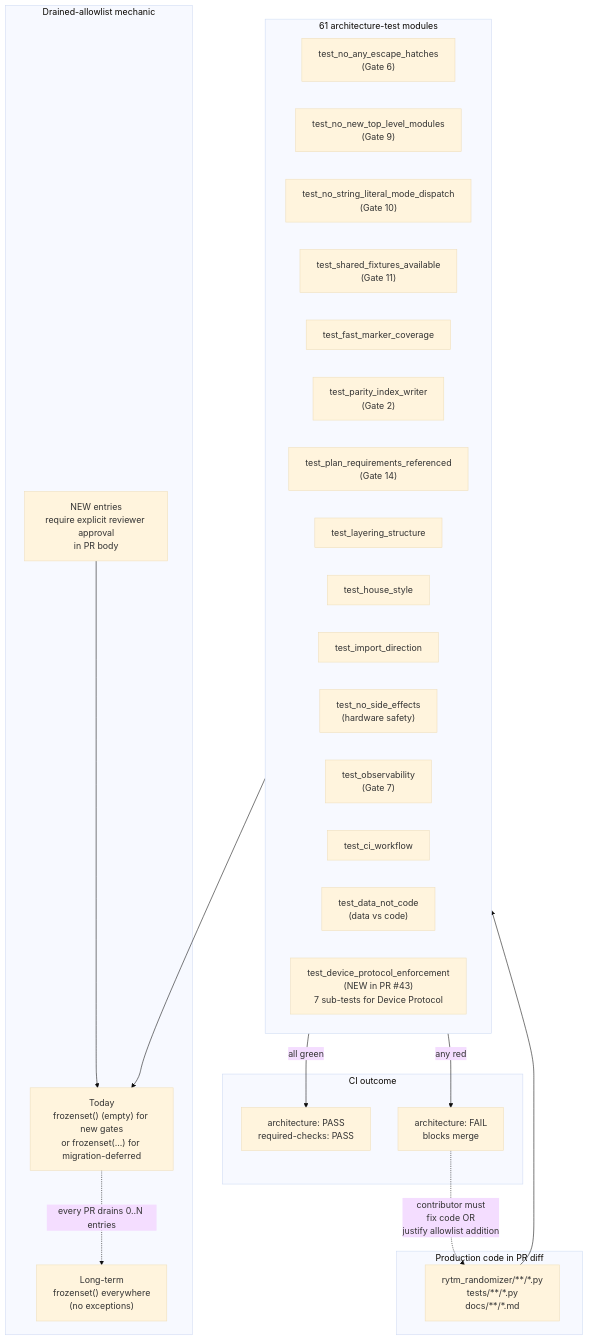
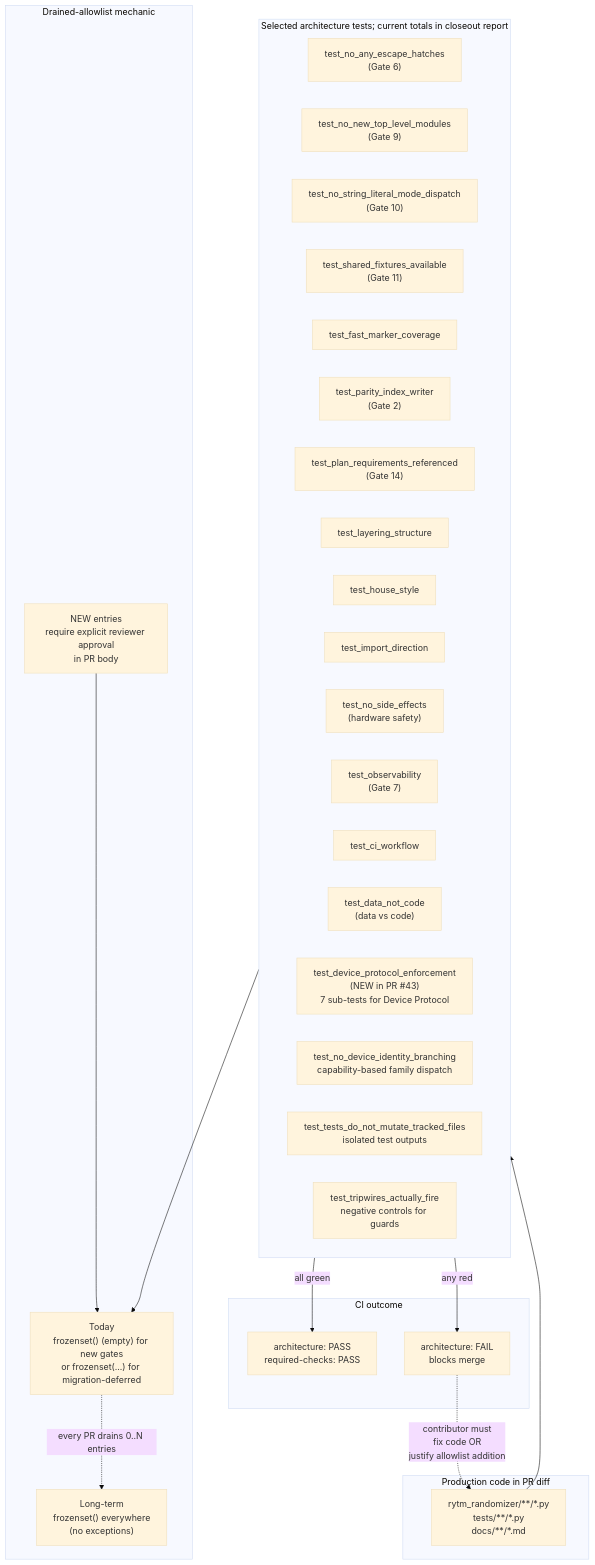
The tenth of 35 diagrams in docs/ARCHITECTURE_DIAGRAMS.md (buzzijose-hub/RytmRandomizer), drawn with Mermaid (base theme) before and after one commit. The commit also changed other lines of this file and 16 other files, not shown here.

````diff
--- a/docs/ARCHITECTURE_DIAGRAMS.md
+++ b/docs/ARCHITECTURE_DIAGRAMS.md
@@ -893,44 +898,47 @@
 ```mermaid
 flowchart TB
     subgraph Production["Production code in PR diff"]
         SourceFiles["rytm_randomizer/**/*.py<br/>tests/**/*.py<br/>docs/**/*.md"]
     end
 
-    subgraph Gates["61 architecture-test modules"]
+    subgraph Gates["Selected architecture tests; current totals in closeout report"]
         Gate1["test_no_any_escape_hatches<br/>(Gate 6)"]
         Gate2["test_no_new_top_level_modules<br/>(Gate 9)"]
         Gate3["test_no_string_literal_mode_dispatch<br/>(Gate 10)"]
         Gate4["test_shared_fixtures_available<br/>(Gate 11)"]
         Gate5["test_fast_marker_coverage"]
         Gate6["test_parity_index_writer<br/>(Gate 2)"]
         Gate7["test_plan_requirements_referenced<br/>(Gate 14)"]
         Gate8["test_layering_structure"]
         Gate9["test_house_style"]
         Gate10["test_import_direction"]
         Gate11["test_no_side_effects<br/>(hardware safety)"]
         Gate12["test_observability<br/>(Gate 7)"]
         Gate13["test_ci_workflow"]
         Gate14["test_data_not_code<br/>(data vs code)"]
         Gate15["test_device_protocol_enforcement<br/>(NEW in PR #43)<br/>7 sub-tests for Device Protocol"]
+        Gate16["test_no_device_identity_branching<br/>capability-based family dispatch"]
+        Gate17["test_tests_do_not_mutate_tracked_files<br/>isolated test outputs"]
+        Gate18["test_tripwires_actually_fire<br/>negative controls for guards"]
     end
 
     subgraph Allowlists["Drained-allowlist mechanic"]
         AL_today["Today<br/>frozenset() (empty) for new gates<br/>or frozenset(...) for migration-deferred"]
         AL_future["Long-term<br/>frozenset() everywhere<br/>(no exceptions)"]
         AL_new["NEW entries<br/>require explicit reviewer approval<br/>in PR body"]
     end
 
     subgraph Outcome["CI outcome"]
         Pass["architecture: PASS<br/>required-checks: PASS"]
         Fail["architecture: FAIL<br/>blocks merge"]
     end
 
     SourceFiles --> Gates
     Gates --> AL_today
     AL_today -.->|"every PR drains 0..N entries"| AL_future
     AL_new --> AL_today
 
     Gates -->|"all green"| Pass
     Gates -->|"any red"| Fail
     Fail -.->|"contributor must<br/>fix code OR<br/>justify allowlist addition"| SourceFiles
 ```
````
